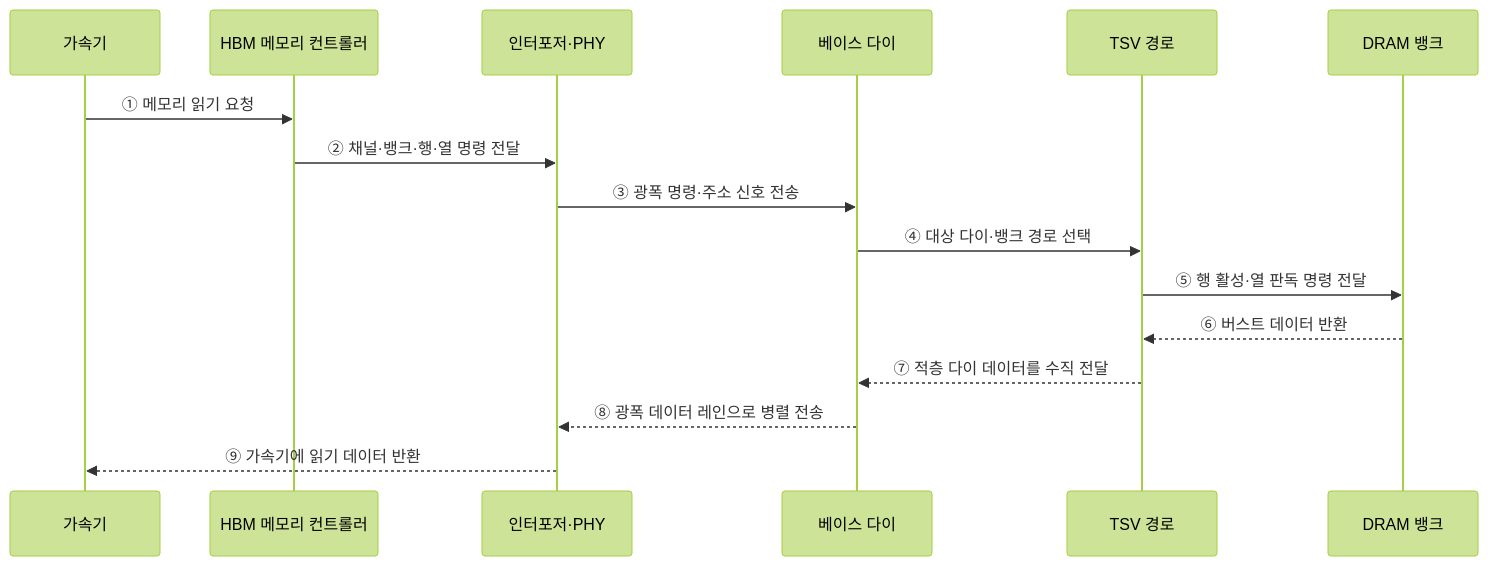
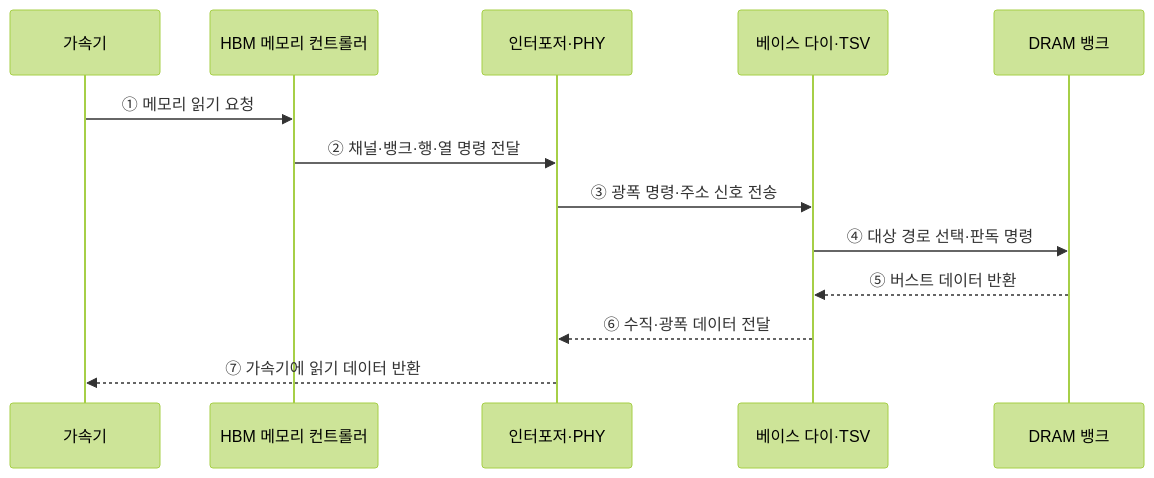
Before and after one commit to agnusdei1207/knowledge-base: the second of 2 diagrams in src/content/docs/notes/02-hardware/025_hbm.md, drawn with Mermaid (forest theme). The commit also changed other lines of this file and 20 other files, not shown here.

````diff
--- a/src/content/docs/notes/02-hardware/025_hbm.md
+++ b/src/content/docs/notes/02-hardware/025_hbm.md
@@ -94,19 +85,16 @@
 ```mermaid
 sequenceDiagram
     participant A as 가속기
     participant C as HBM 메모리 컨트롤러
     participant I as 인터포저·PHY
-    participant B as 베이스 다이
-    participant V as TSV 경로
+    participant V as 베이스 다이·TSV
     participant D as DRAM 뱅크
 
     A->>C: ① 메모리 읽기 요청
     C->>I: ② 채널·뱅크·행·열 명령 전달
-    I->>B: ③ 광폭 명령·주소 신호 전송
-    B->>V: ④ 대상 다이·뱅크 경로 선택
-    V->>D: ⑤ 행 활성·열 판독 명령 전달
-    D-->>V: ⑥ 버스트 데이터 반환
-    V-->>B: ⑦ 적층 다이 데이터를 수직 전달
-    B-->>I: ⑧ 광폭 데이터 레인으로 병렬 전송
-    I-->>A: ⑨ 가속기에 읽기 데이터 반환
+    I->>V: ③ 광폭 명령·주소 신호 전송
+    V->>D: ④ 대상 경로 선택·판독 명령
+    D-->>V: ⑤ 버스트 데이터 반환
+    V-->>I: ⑥ 수직·광폭 데이터 전달
+    I-->>A: ⑦ 가속기에 읽기 데이터 반환
 ```
````
